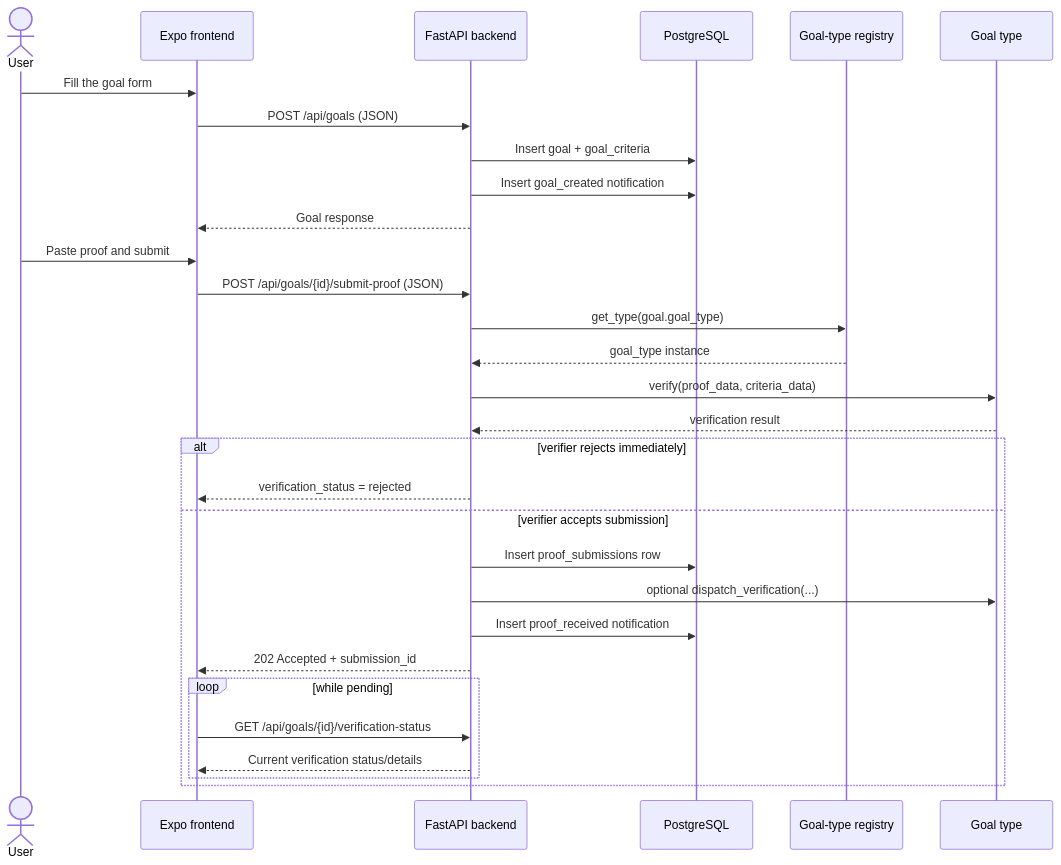
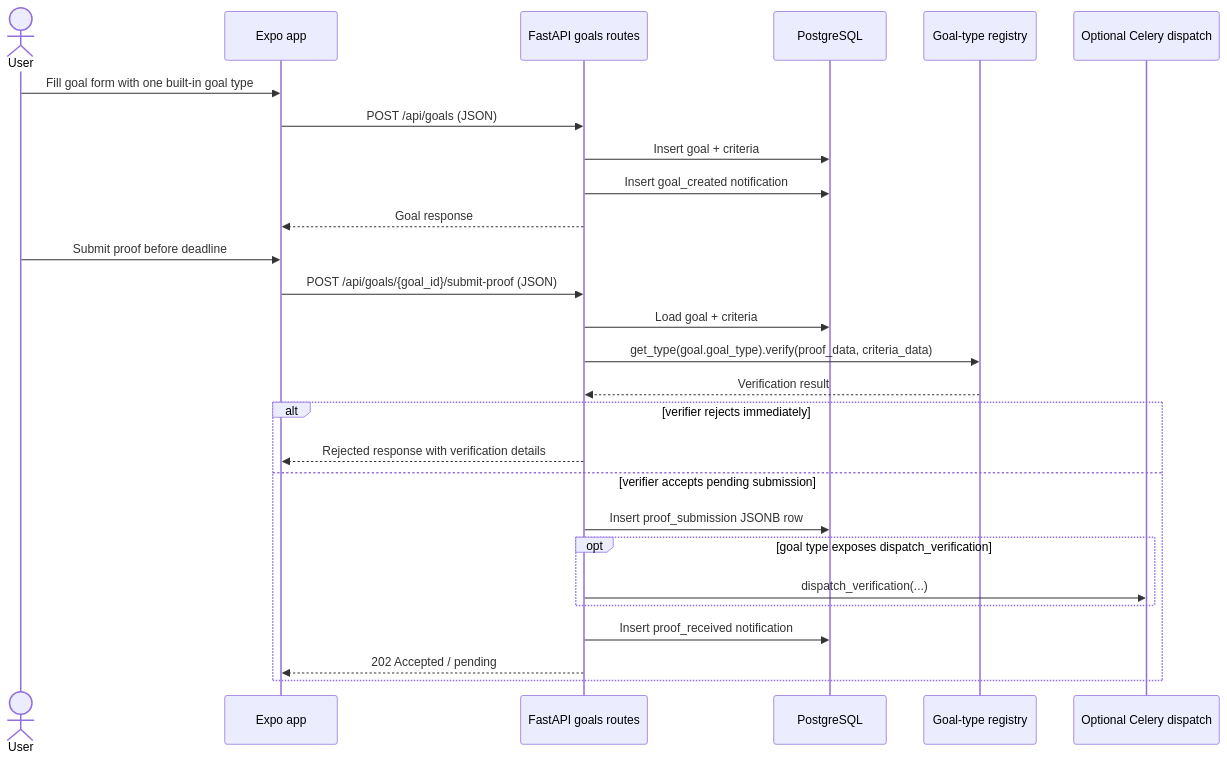
One commit to xvanov/sacrifice changed the second of 2 diagrams in context/architecture-diagrams.md. Above: the diagram before and after it, drawn with Mermaid. The commit also changed other lines of this file and 7 other files, not shown here.

````diff
--- a/context/architecture-diagrams.md
+++ b/context/architecture-diagrams.md
@@ -29,35 +50,32 @@
 ```mermaid
 sequenceDiagram
-  actor User
-  participant FE as Expo frontend
-  participant API as FastAPI backend
-  participant DB as PostgreSQL
-  participant REG as Goal-type registry
-  participant GT as Goal type
+    actor User
+    participant App as Expo app
+    participant API as FastAPI goals routes
+    participant DB as PostgreSQL
+    participant Registry as Goal-type registry
+    participant Worker as Optional Celery dispatch
 
-  User->>FE: Fill the goal form
-  FE->>API: POST /api/goals (JSON)
-  API->>DB: Insert goal + goal_criteria
-  API->>DB: Insert goal_created notification
-  API-->>FE: Goal response
+    User->>App: Fill goal form with one built-in goal type
+    App->>API: POST /api/goals (JSON)
+    API->>DB: Insert goal + criteria
+    API->>DB: Insert goal_created notification
+    API-->>App: Goal response
 
-  User->>FE: Paste proof and submit
-  FE->>API: POST /api/goals/{id}/submit-proof (JSON)
-  API->>REG: get_type(goal.goal_type)
-  REG-->>API: goal_type instance
-  API->>GT: verify(proof_data, criteria_data)
-  GT-->>API: verification result
+    User->>App: Submit proof before deadline
+    App->>API: POST /api/goals/{goal_id}/submit-proof (JSON)
+    API->>DB: Load goal + criteria
+    API->>Registry: get_type(goal.goal_type).verify(proof_data, criteria_data)
+    Registry-->>API: Verification result
 
-  alt verifier rejects immediately
-    API-->>FE: verification_status = rejected
-  else verifier accepts submission
-    API->>DB: Insert proof_submissions row
-    API->>GT: optional dispatch_verification(...)
-    API->>DB: Insert proof_received notification
-    API-->>FE: 202 Accepted + submission_id
-    loop while pending
-      FE->>API: GET /api/goals/{id}/verification-status
-      API-->>FE: Current verification status/details
+    alt verifier rejects immediately
+        API-->>App: Rejected response with verification details
+    else verifier accepts pending submission
+        API->>DB: Insert proof_submission JSONB row
+        opt goal type exposes dispatch_verification
+            API->>Worker: dispatch_verification(...)
+        end
+        API->>DB: Insert proof_received notification
+        API-->>App: 202 Accepted / pending
     end
-  end
 ```
````
